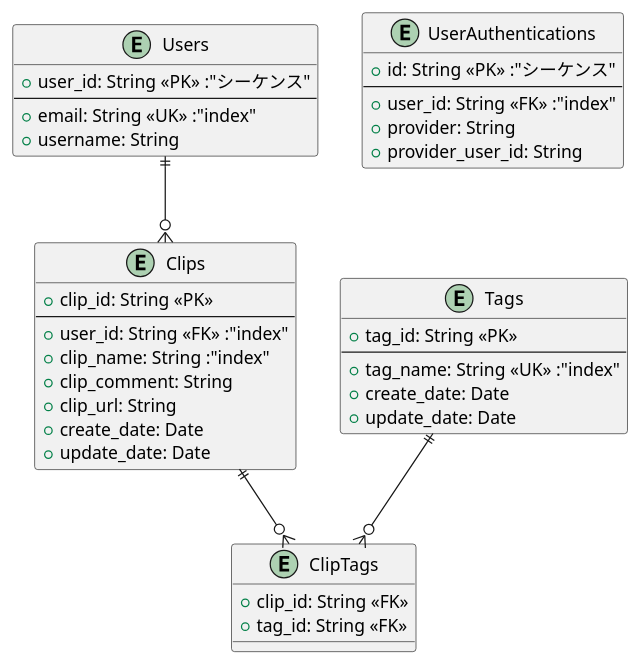
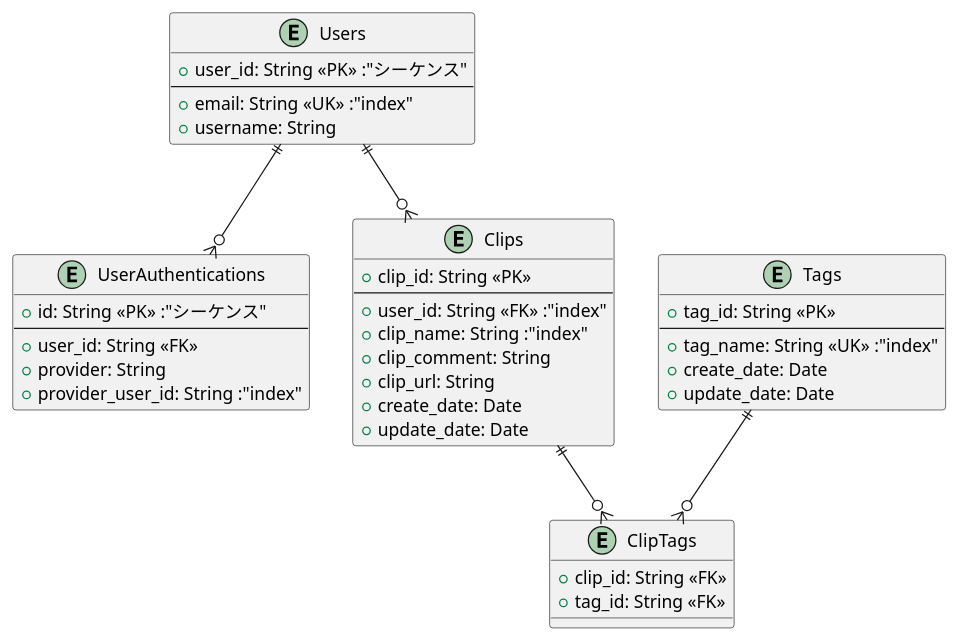
Before and after one commit to Ayumu3746221/web-clip-api: the diagram in docs/er.plantuml, drawn with PlantUML. The commit also changed 8 other files, not shown here.

```diff
--- a/docs/er.plantuml
+++ b/docs/er.plantuml
@@ -1,45 +1,46 @@
 @startuml er
 
 entity "Users" as user {
     +user_id: String <<PK>> :"シーケンス"
     ---
     +email: String <<UK>> :"index"
     +username: String
 }
 
 entity "UserAuthentications" as user_auth {
     +id: String <<PK>> :"シーケンス"
     ---
-    +user_id: String <<FK>> :"index"
+    +user_id: String <<FK>>
     +provider: String
-    +provider_user_id: String
+    +provider_user_id: String :"index"
 }
 
 entity "Clips" as clip {
     +clip_id: String <<PK>>
     ---
     +user_id: String <<FK>> :"index"
     +clip_name: String :"index"
     +clip_comment: String
     +clip_url: String
     +create_date: Date
     +update_date: Date
 }
 
 entity "Tags" as tag {
     +tag_id: String <<PK>>
     ---
     +tag_name: String <<UK>> :"index"
     +create_date: Date
     +update_date: Date
 }
 
 entity "ClipTags" as clip_tag {
     +clip_id: String <<FK>>
     +tag_id: String <<FK>>
 }
 
 user ||--o{ clip
+user ||--o{ user_auth
 clip ||--o{ clip_tag
 tag ||--o{ clip_tag
 @enduml
```
